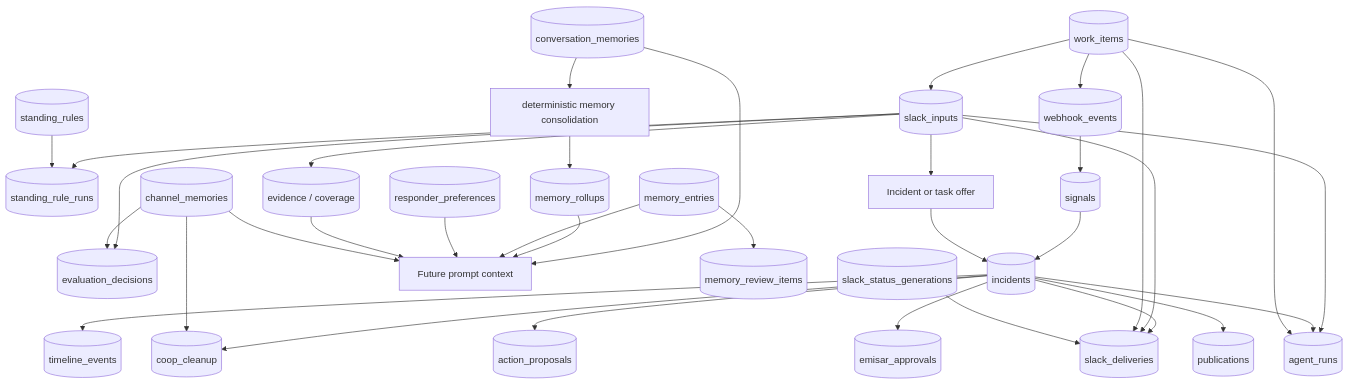
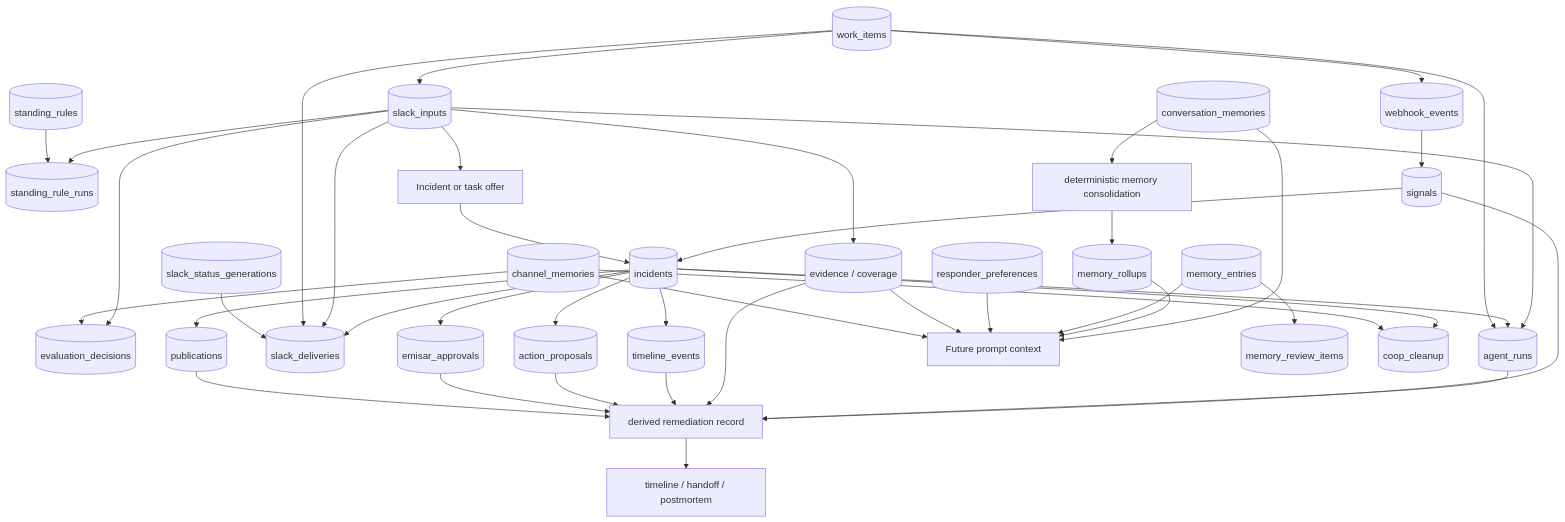
Diagram 11 of 11 in docs/how-responder-works.md (AndrewDryga/ryker), drawn with Mermaid before and after one commit. The commit also changed other lines of this file and 21 other files, not shown here.

````diff
--- a/docs/how-responder-works.md
+++ b/docs/how-responder-works.md
@@ -574,40 +574,49 @@
 ```mermaid
 flowchart TB
   SlackInput[("slack_inputs")] --> Evaluation[("evaluation_decisions")]
   SlackInput --> RuleRun[("standing_rule_runs")]
   SlackInput --> Evidence[("evidence / coverage")]
   SlackInput --> WorkOffer["Incident or task offer"]
 
   Webhook[("webhook_events")] --> Signals[("signals")]
   Signals --> Incident[("incidents")]
   WorkOffer --> Incident
 
   SlackInput --> AgentRuns[("agent_runs")]
   Incident --> AgentRuns
   Incident --> Deliveries[("slack_deliveries")]
   SlackInput --> Deliveries
   Incident --> Timeline[("timeline_events")]
   Incident --> Proposals[("action_proposals")]
   Incident --> Approvals[("emisar_approvals")]
   Incident --> Publication[("publications")]
+
+  Signals --> Remediation["derived remediation record"]
+  AgentRuns --> Remediation
+  Evidence --> Remediation
+  Timeline --> Remediation
+  Proposals --> Remediation
+  Approvals --> Remediation
+  Publication --> Remediation
+  Remediation --> SlackViews["timeline / handoff / postmortem"]
 
   ChannelMemory[("channel_memories")] --> Evaluation
   ConversationMemory[("conversation_memories")] --> PromptContext
   ConversationMemory --> Dreaming["deterministic memory consolidation"]
   Dreaming --> Rollups[("memory_rollups")]
   Rollups --> PromptContext
   Memory[("memory_entries")] --> PromptContext["Future prompt context"]
   Memory --> Reviews[("memory_review_items")]
   Preferences[("responder_preferences")] --> PromptContext
   Rules[("standing_rules")] --> RuleRun
   Evidence --> PromptContext
   ChannelMemory --> PromptContext
 
   Incident --> Cleanup[("coop_cleanup")]
   ChannelMemory --> Cleanup
   Scheduler[("work_items")] --> SlackInput
   Scheduler --> Webhook
   Scheduler --> AgentRuns
   Scheduler --> Deliveries
   StatusGeneration[("slack_status_generations")] --> Deliveries
 ```
````
